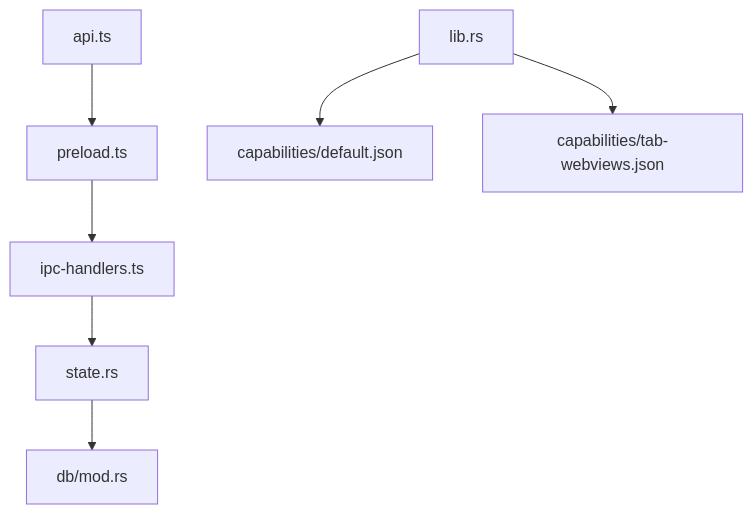
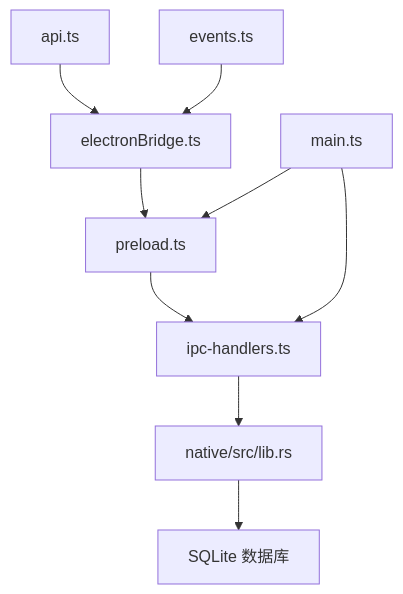
One commit to baike08/cosurf changed the eighth of 8 diagrams in .qoder/repowiki/zh/content/IPC 通信/Tauri IPC 机制.md. Above: the diagram before and after it, drawn with Mermaid. The commit also changed other lines of this file and 15 other files, not shown here.

````diff
--- a/.qoder/repowiki/zh/content/IPC 通信/Tauri IPC 机制.md
+++ b/.qoder/repowiki/zh/content/IPC 通信/Tauri IPC 机制.md
@@ -327,9 +287,11 @@
 ```mermaid
 graph TB
-API_TS["api.ts"] --> PRELOAD_TS["preload.ts"]
+API_TS["api.ts"] --> EB_TS["electronBridge.ts"]
+EVENTS_TS["events.ts"] --> EB_TS
+EB_TS --> PRELOAD_TS["preload.ts"]
 PRELOAD_TS --> IPC_HANDLERS_TS["ipc-handlers.ts"]
-IPC_HANDLERS_TS --> STATE_RS["state.rs"]
-STATE_RS --> DB_MOD_RS["db/mod.rs"]
-LIB_RS["lib.rs"] --> CAP_DEFAULT_JSON["capabilities/default.json"]
-LIB_RS --> CAP_TAB_JSON["capabilities/tab-webviews.json"]
+IPC_HANDLERS_TS --> NATIVE_RS["native/src/lib.rs"]
+NATIVE_RS --> DB_RS["SQLite 数据库"]
+MAIN_TS["main.ts"] --> PRELOAD_TS
+MAIN_TS --> IPC_HANDLERS_TS
 ```
````
